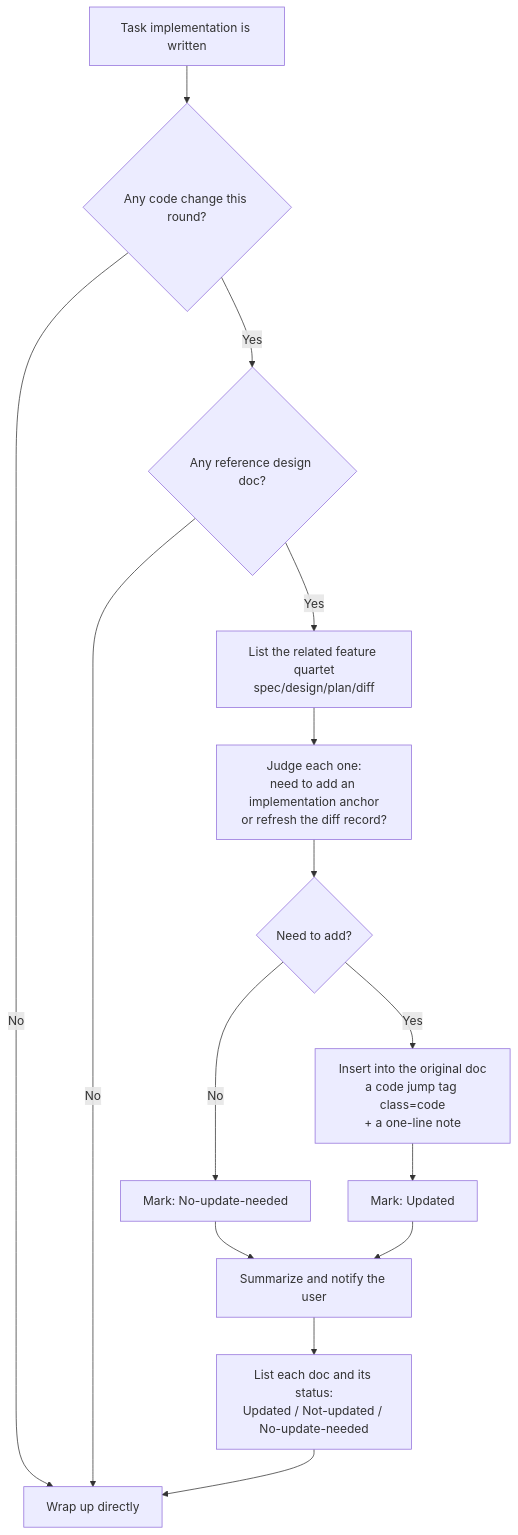
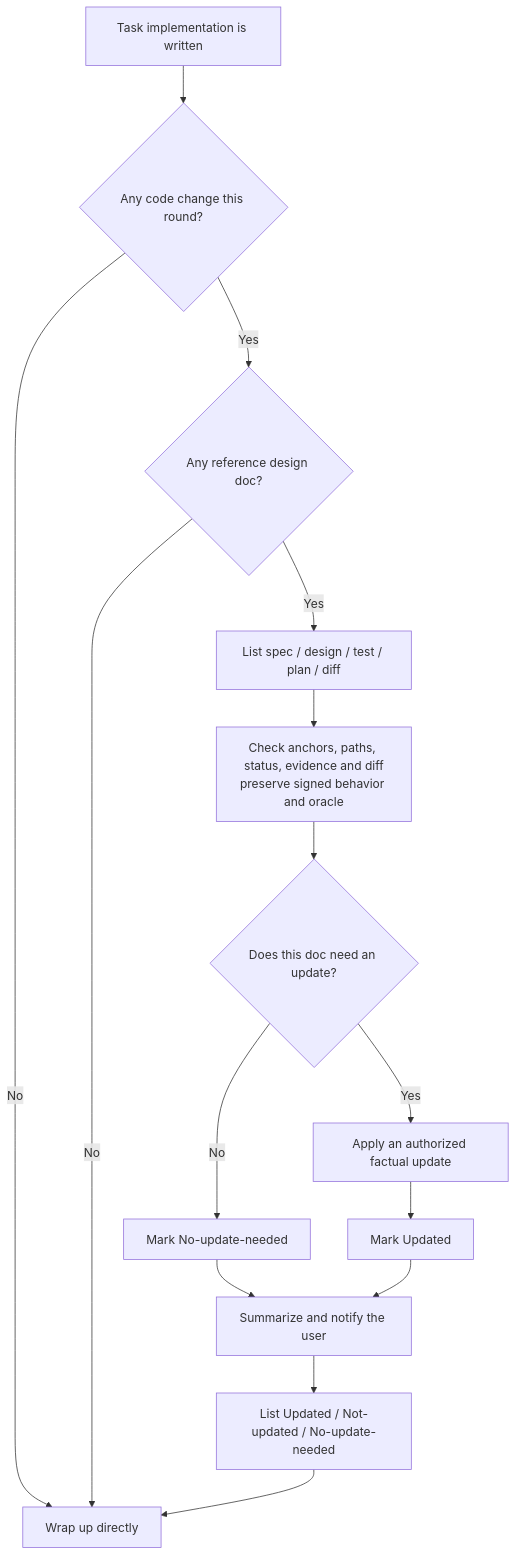
The second of 3 diagrams in fibo-conventions/references/conventions/sync.md (Alenkz12/FiboSkills), drawn with Mermaid before and after one commit. The commit also changed other lines of this file and 96 other files, not shown here.

````diff
--- a/fibo-conventions/references/conventions/sync.md
+++ b/fibo-conventions/references/conventions/sync.md
@@ -162,17 +177,17 @@
 ```mermaid
 flowchart TD
-  A[Task implementation is written] --> B{Any code change this round?}
-  B -->|No| Z[Wrap up directly]
-  B -->|Yes| C{Any reference design doc?}
-  C -->|No| Z
-  C -->|Yes| D[List the related feature quartet<br/>spec/design/plan/diff]
-  D --> E[Judge each one:<br/>need to add an implementation anchor<br/>or refresh the diff record?]
-  E --> F{Need to add?}
-  F -->|Yes| G[Insert into the original doc<br/>a code jump tag class=code<br/>+ a one-line note]
-  F -->|No| H[Mark: No-update-needed]
-  G --> I[Mark: Updated]
-  H --> J[Summarize and notify the user]
-  I --> J
-  J --> K[List each doc and its status:<br/>Updated / Not-updated / No-update-needed]
-  K --> Z
+  implementation_done_001["Task implementation is written"] --> code_changed_002{"Any code change this round?"}
+  code_changed_002 -->|No| wrap_up_003["Wrap up directly"]
+  code_changed_002 -->|Yes| reference_doc_004{"Any reference design doc?"}
+  reference_doc_004 -->|No| wrap_up_003
+  reference_doc_004 -->|Yes| collect_quintet_005["List spec / design / test / plan / diff"]
+  collect_quintet_005 --> evaluate_sync_006["Check anchors, paths, status, evidence and diff<br/>preserve signed behavior and oracle"]
+  evaluate_sync_006 --> update_needed_007{"Does this doc need an update?"}
+  update_needed_007 -->|Yes| update_doc_008["Apply an authorized factual update"]
+  update_needed_007 -->|No| no_update_009["Mark No-update-needed"]
+  update_doc_008 --> updated_status_010["Mark Updated"]
+  no_update_009 --> summarize_sync_011["Summarize and notify the user"]
+  updated_status_010 --> summarize_sync_011
+  summarize_sync_011 --> sync_statuses_012["List Updated / Not-updated / No-update-needed"]
+  sync_statuses_012 --> wrap_up_003
 ```
````
